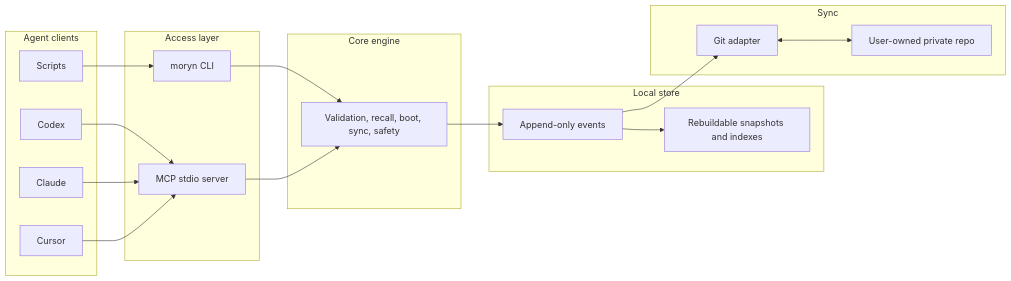
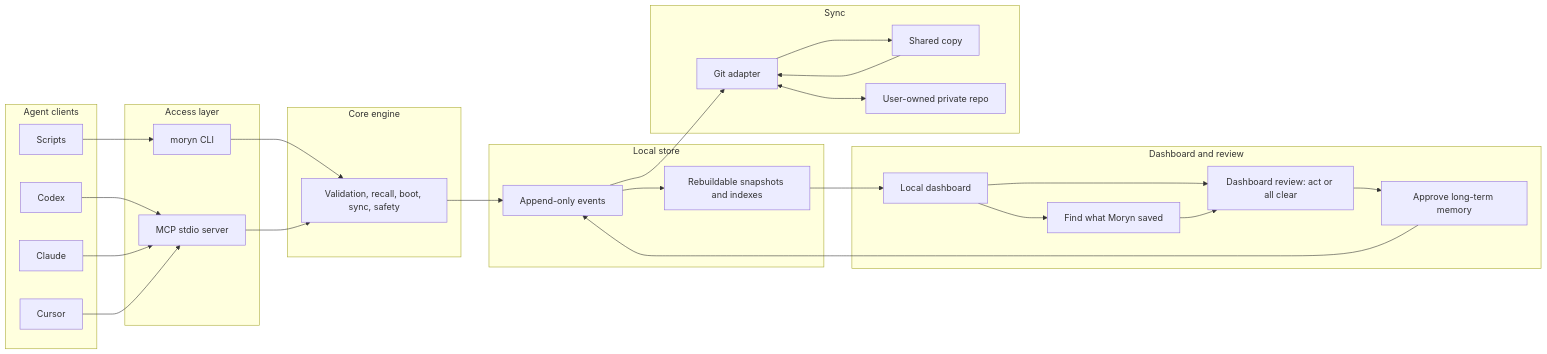
Before and after one commit to Richardyu114/Moryn: the diagram in README.md, drawn with Mermaid. The commit also changed other lines of this file and 12 other files, not shown here.

````diff
--- a/README.md
+++ b/README.md
@@ -133,39 +134,55 @@
 ```mermaid
 flowchart LR
   subgraph Agents["Agent clients"]
     Codex["Codex"]
     Claude["Claude"]
     Cursor["Cursor"]
     Scripts["Scripts"]
   end
 
   subgraph Access["Access layer"]
     CLI["moryn CLI"]
     MCP["MCP stdio server"]
   end
 
   subgraph Core["Core engine"]
     Engine["Validation, recall, boot, sync, safety"]
   end
 
   subgraph Store["Local store"]
     Events["Append-only events"]
     Views["Rebuildable snapshots and indexes"]
   end
 
+  subgraph ReviewLayer["Dashboard and review"]
+    Dashboard["Local dashboard"]
+    DashboardReview["Dashboard review: act or all clear"]
+    MemorySearch["Find what Moryn saved"]
+    Approve["Approve long-term memory"]
+  end
+
   subgraph Sync["Sync"]
     Git["Git adapter"]
+    SharedCopy["Shared copy"]
     Remote["User-owned private repo"]
   end
 
   Codex --> MCP
   Claude --> MCP
   Cursor --> MCP
   Scripts --> CLI
   CLI --> Engine
   MCP --> Engine
   Engine --> Events
   Events --> Views
+  Views --> Dashboard
+  Dashboard --> DashboardReview
+  Dashboard --> MemorySearch
+  DashboardReview --> Approve
+  MemorySearch --> DashboardReview
+  Approve --> Events
   Events --> Git
+  Git --> SharedCopy
+  SharedCopy --> Git
   Git <--> Remote
 ```
````
